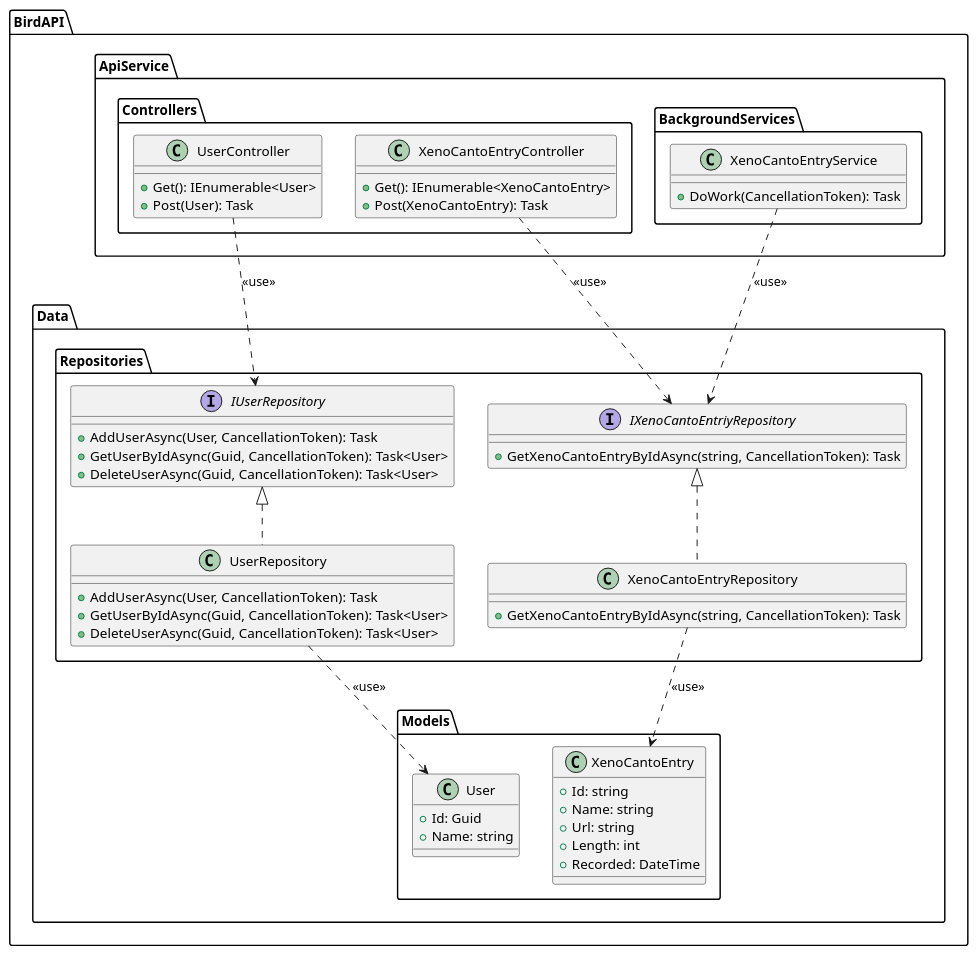
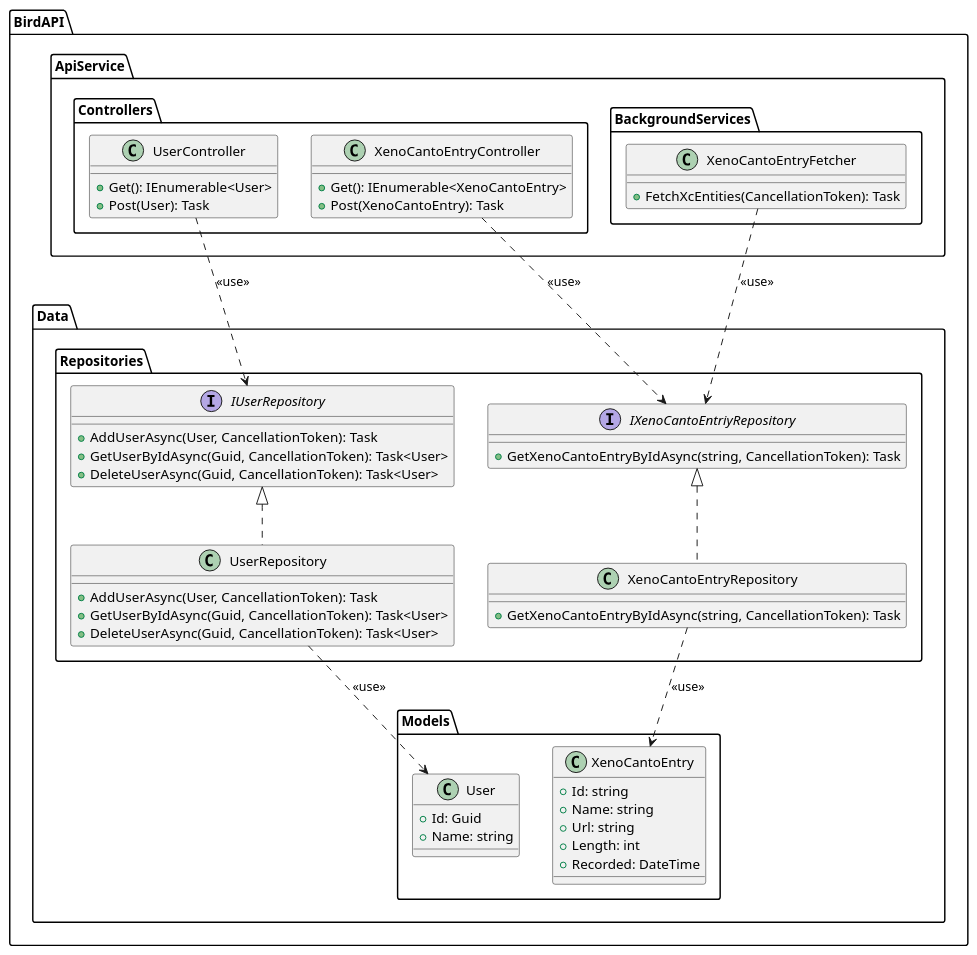
Before and after one commit to BioAcoustics/BirdAPI: the diagram in documentation/Entwurf.puml, drawn with PlantUML. The commit also changed 10 other files, not shown here.

```diff
--- a/documentation/Entwurf.puml
+++ b/documentation/Entwurf.puml
@@ -1,71 +1,71 @@
 @startuml
 
 package "BirdAPI.ApiService.Controllers" {
     class UserController {
         +Get(): IEnumerable<User>
         +Post(User): Task
     }
 
     class XenoCantoEntryController {
         +Get(): IEnumerable<XenoCantoEntry>
         +Post(XenoCantoEntry): Task
     }
 }
 
 package BirdAPI.ApiService.BackgroundServices {
-    class XenoCantoEntryService {
-        +DoWork(CancellationToken): Task
+    class XenoCantoEntryFetcher {
+        +FetchXcEntities(CancellationToken): Task
     }
 }
 
 
 package "BirdAPI.Data.Repositories" {
     interface IUserRepository {
         +AddUserAsync(User, CancellationToken): Task
         +GetUserByIdAsync(Guid, CancellationToken): Task<User>
         +DeleteUserAsync(Guid, CancellationToken): Task<User>
     }
     
     class UserRepository implements IUserRepository {
         +AddUserAsync(User, CancellationToken): Task
         +GetUserByIdAsync(Guid, CancellationToken): Task<User>
         +DeleteUserAsync(Guid, CancellationToken): Task<User>
     }
 
     interface IXenoCantoEntriyRepository {
         +GetXenoCantoEntryByIdAsync(string, CancellationToken): Task
     }
     
     class XenoCantoEntryRepository implements IXenoCantoEntriyRepository {
         +GetXenoCantoEntryByIdAsync(string, CancellationToken): Task
     }
 }
 
 
 
 package "BirdAPI.Data.Models" {
     class User {
         +Id: Guid
         +Name: string
     }
 
     class XenoCantoEntry {
         +Id: string
         +Name: string
         +Url: string
         +Length: int
         +Recorded: DateTime
     }
     
 }
 
 UserRepository ..> User : <<use>>
 XenoCantoEntryRepository ..> XenoCantoEntry : <<use>>
 
 
-XenoCantoEntryService ..> IXenoCantoEntriyRepository : <<use>>
+XenoCantoEntryFetcher ..> IXenoCantoEntriyRepository : <<use>>
 UserController ..> IUserRepository : <<use>>
 XenoCantoEntryController ..> IXenoCantoEntriyRepository : <<use>>
 
 
 @enduml
```
